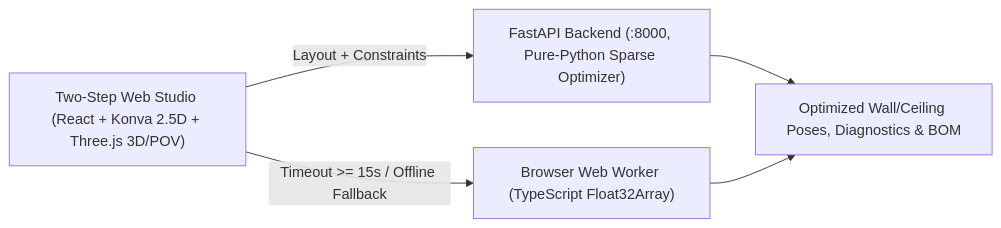
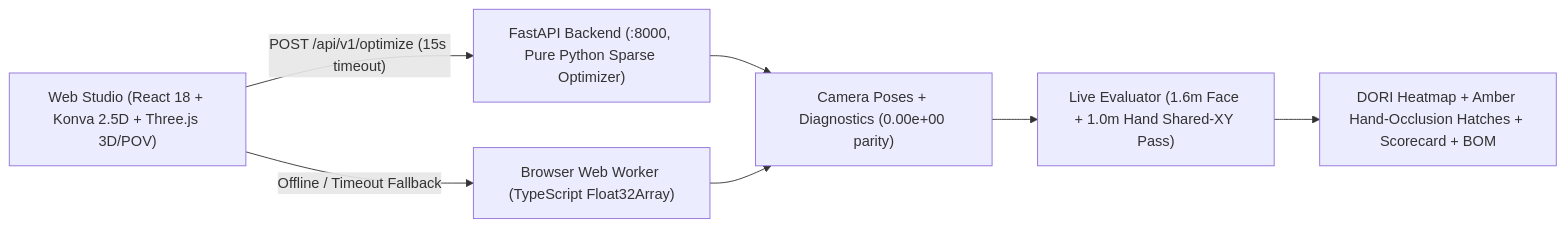
The diagram in PROJECT_OVERVIEW.md (nhuycoding/Opticam), drawn with Mermaid before and after one commit. The commit also changed other lines of this file and 2 other files, not shown here.

````diff
--- a/PROJECT_OVERVIEW.md
+++ b/PROJECT_OVERVIEW.md
@@ -9,7 +11,9 @@
 ```mermaid
 flowchart LR
-    UI["Two-Step Web Studio (React + Konva 2.5D + Three.js 3D/POV)"] -->|"Layout + Constraints"| API["FastAPI Backend (:8000, Pure-Python Sparse Optimizer)"]
-    UI -->|"Timeout >= 15s / Offline Fallback"| WW["Browser Web Worker (TypeScript Float32Array)"]
-    API --> Out["Optimized Wall/Ceiling Poses, Diagnostics & BOM"]
-    WW --> Out
+    UI["Web Studio (React 18 + Konva 2.5D + Three.js 3D/POV)"] -->|"POST /api/v1/optimize (15s timeout)"| API["FastAPI Backend (:8000, Pure Python Sparse Optimizer)"]
+    UI -->|"Offline / Timeout Fallback"| WW["Browser Web Worker (TypeScript Float32Array)"]
+    API --> Sol["Camera Poses + Diagnostics (0.00e+00 parity)"]
+    WW --> Sol
+    Sol --> Eval["Live Evaluator (1.6m Face + 1.0m Hand Shared-XY Pass)"]
+    Eval --> Out["DORI Heatmap + Amber Hand-Occlusion Hatches + Scorecard + BOM"]
 ```
````
